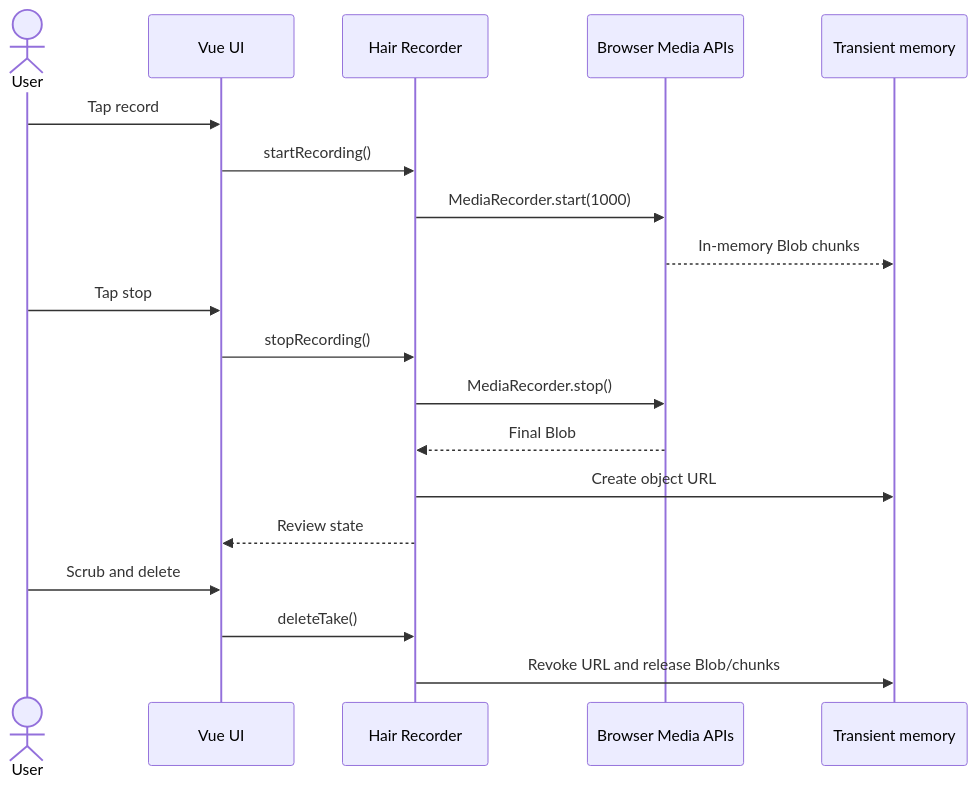
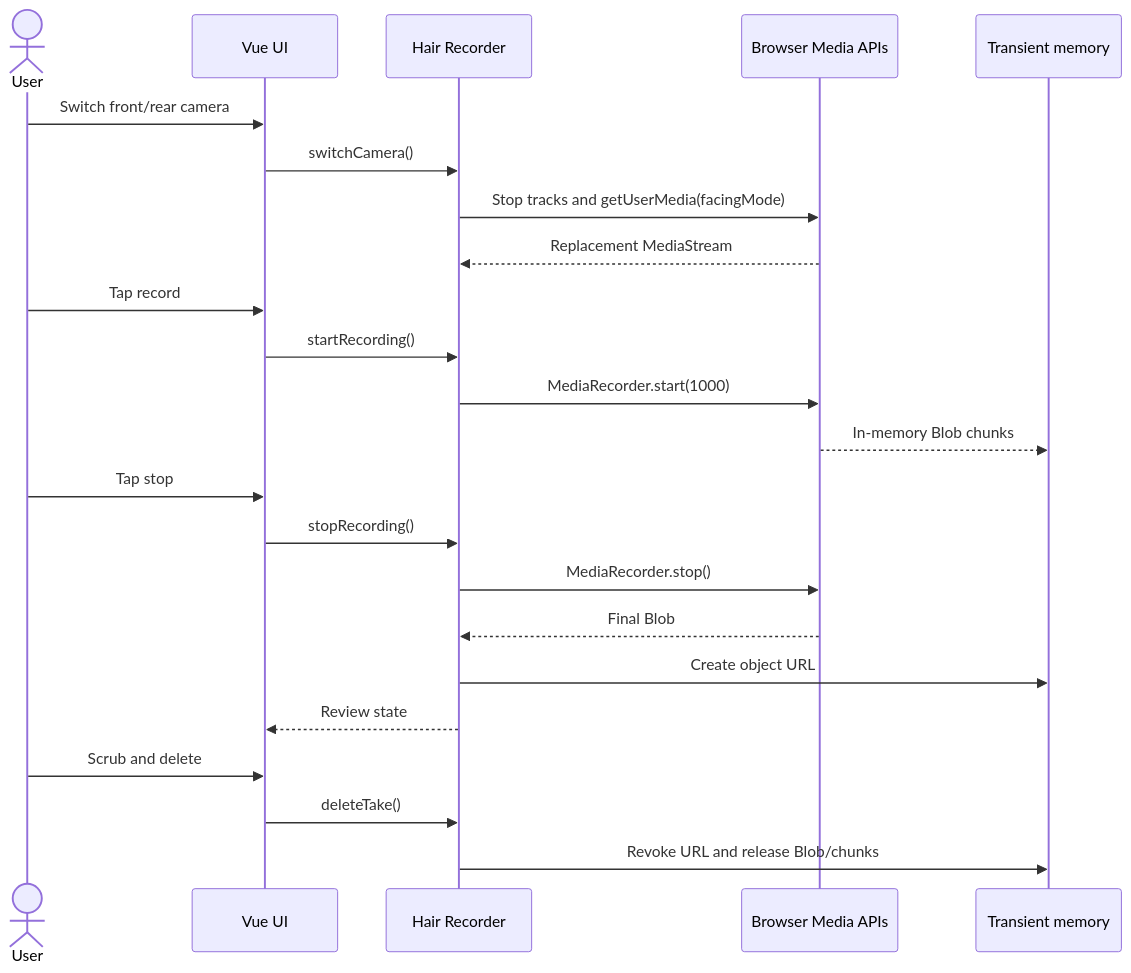
The fifth of 6 diagrams in ARCHITECTURE.md (aweijnitz/behindyou), drawn with Mermaid before and after one commit. The commit also changed other lines of this file and 17 other files, not shown here.

````diff
--- a/ARCHITECTURE.md
+++ b/ARCHITECTURE.md
@@ -89,22 +93,27 @@
 ```mermaid
 sequenceDiagram
   actor User
   participant UI as Vue UI
   participant Session as Hair Recorder
   participant Media as Browser Media APIs
   participant RAM as Transient memory
+
+  User->>UI: Switch front/rear camera
+  UI->>Session: switchCamera()
+  Session->>Media: Stop tracks and getUserMedia(facingMode)
+  Media-->>Session: Replacement MediaStream
 
   User->>UI: Tap record
   UI->>Session: startRecording()
   Session->>Media: MediaRecorder.start(1000)
   Media-->>RAM: In-memory Blob chunks
   User->>UI: Tap stop
   UI->>Session: stopRecording()
   Session->>Media: MediaRecorder.stop()
   Media-->>Session: Final Blob
   Session->>RAM: Create object URL
   Session-->>UI: Review state
   User->>UI: Scrub and delete
   UI->>Session: deleteTake()
   Session->>RAM: Revoke URL and release Blob/chunks
 ```
````
